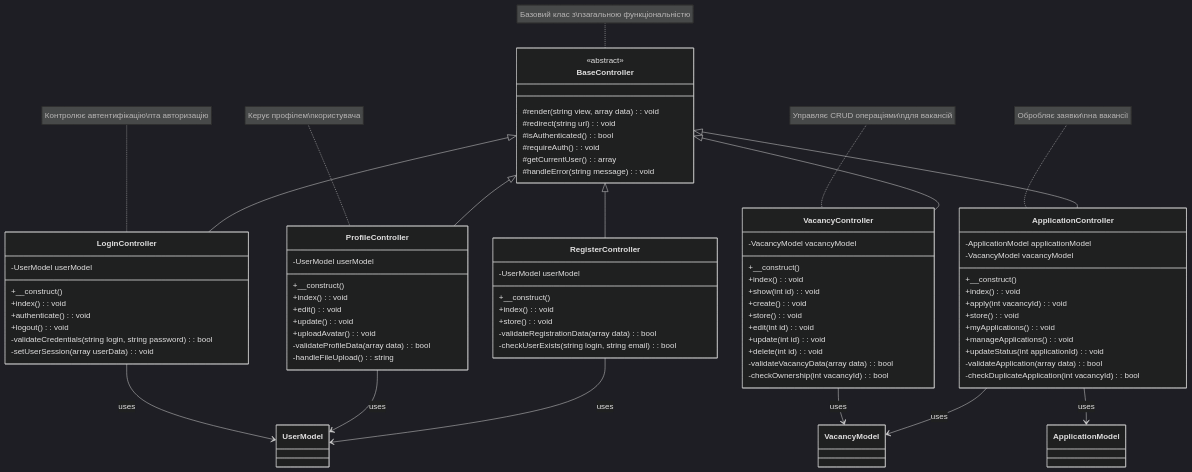
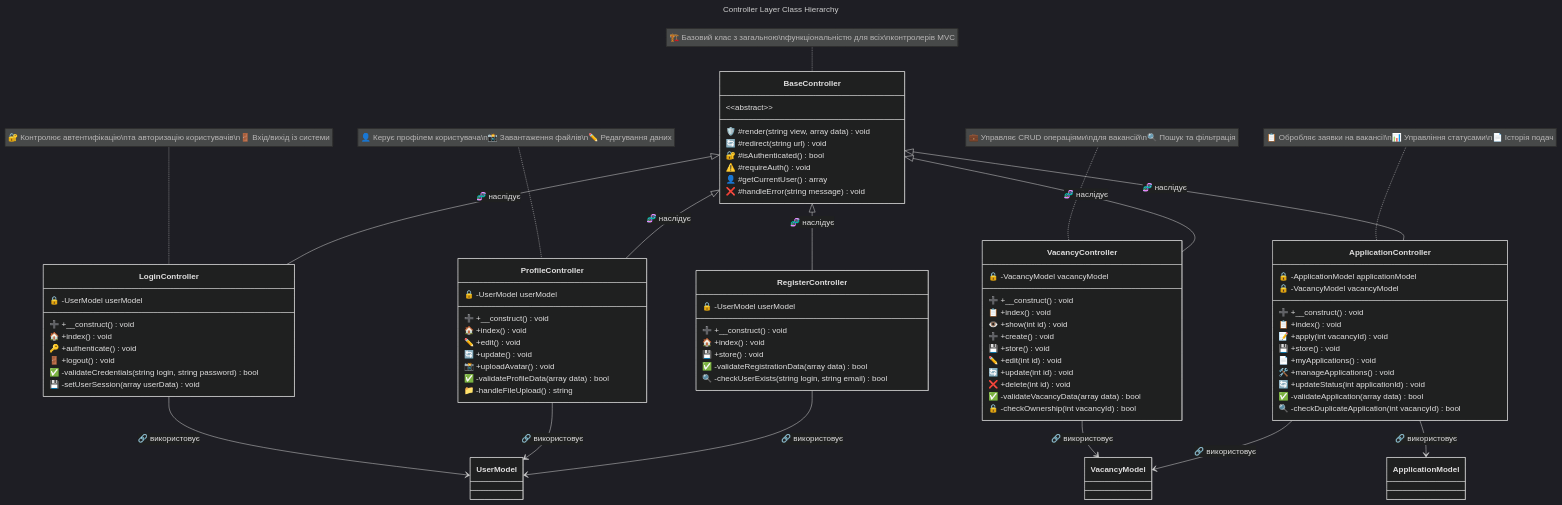
One commit to projectMHCore/searchjob-technical-docs changed the third of 5 diagrams in Lab3_ClientSide_Architecture.md. Above: the diagram before and after it, drawn with Mermaid (dark theme). The commit also changed other lines of this file and 9 other files, not shown here.

````diff
--- a/Lab3_ClientSide_Architecture.md
+++ b/Lab3_ClientSide_Architecture.md
@@ -203,89 +216,95 @@
 ```mermaid
+---
+title: Controller Layer Class Hierarchy
+---
 classDiagram
     class BaseController {
-        <<abstract>>
-        #render(string view, array data) : void
-        #redirect(string url) : void
-        #isAuthenticated() : bool
-        #requireAuth() : void
-        #getCurrentUser() : array
-        #handleError(string message) : void
+        &lt;&lt;abstract&gt;&gt;
+        🛡️ #render(string view, array data) void
+        🔄 #redirect(string url) void
+        🔐 #isAuthenticated() bool
+        ⚠️ #requireAuth() void
+        👤 #getCurrentUser() array
+        ❌ #handleError(string message) void
     }
     
     class LoginController {
-        -UserModel userModel
-        +__construct()
-        +index() : void
-        +authenticate() : void
-        +logout() : void
-        -validateCredentials(string login, string password) : bool
-        -setUserSession(array userData) : void
+        🔒 -UserModel userModel
+        ➕ +__construct() void
+        🏠 +index() void
+        🔑 +authenticate() void
+        🚪 +logout() void
+        ✅ -validateCredentials(string login, string password) bool
+        💾 -setUserSession(array userData) void
     }
     
     class VacancyController {
-        -VacancyModel vacancyModel
-        +__construct()
-        +index() : void
-        +show(int id) : void
-        +create() : void
-        +store() : void
-        +edit(int id) : void
-        +update(int id) : void
-        +delete(int id) : void
-        -validateVacancyData(array data) : bool
-        -checkOwnership(int vacancyId) : bool
+        🔒 -VacancyModel vacancyModel
+        ➕ +__construct() void
+        📋 +index() void
+        👁️ +show(int id) void
+        ➕ +create() void
+        💾 +store() void
+        ✏️ +edit(int id) void
+        🔄 +update(int id) void
+        ❌ +delete(int id) void
+        ✅ -validateVacancyData(array data) bool
+        🔒 -checkOwnership(int vacancyId) bool
     }
     
     class ProfileController {
-        -UserModel userModel
-        +__construct()
-        +index() : void
-        +edit() : void
-        +update() : void
-        +uploadAvatar() : void
-        -validateProfileData(array data) : bool
-        -handleFileUpload() : string
+        🔒 -UserModel userModel
+        ➕ +__construct() void
+        🏠 +index() void
+        ✏️ +edit() void
+        🔄 +update() void
+        📸 +uploadAvatar() void
+        ✅ -validateProfileData(array data) bool
+        📁 -handleFileUpload() string
     }
     
     class RegisterController {
-        -UserModel userModel
-        +__construct()
-        +index() : void
-        +store() : void
-        -validateRegistrationData(array data) : bool
-        -checkUserExists(string login, string email) : bool
+        🔒 -UserModel userModel
+        ➕ +__construct() void
+        🏠 +index() void
+        💾 +store() void
+        ✅ -validateRegistrationData(array data) bool
+        🔍 -checkUserExists(string login, string email) bool
     }
     
     class ApplicationController {
-        -ApplicationModel applicationModel
-        -VacancyModel vacancyModel
-        +__construct()
-        +index() : void
-        +apply(int vacancyId) : void
-        +store() : void
-        +myApplications() : void
-        +manageApplications() : void
-        +updateStatus(int applicationId) : void
-        -validateApplication(array data) : bool
-        -checkDuplicateApplication(int vacancyId) : bool
+        🔒 -ApplicationModel applicationModel
+        🔒 -VacancyModel vacancyModel
+        ➕ +__construct() void
+        📋 +index() void
+        📝 +apply(int vacancyId) void
+        💾 +store() void
+        📄 +myApplications() void
+        🛠️ +manageApplications() void
+        🔄 +updateStatus(int applicationId) void
+        ✅ -validateApplication(array data) bool
+        🔍 -checkDuplicateApplication(int vacancyId) bool
     }
     
-    BaseController <|-- LoginController
-    BaseController <|-- VacancyController
-    BaseController <|-- ProfileController
-    BaseController <|-- RegisterController
-    BaseController <|-- ApplicationController
+    %% Inheritance relationships
+    BaseController <|-- LoginController : 🧬 наслідує
+    BaseController <|-- VacancyController : 🧬 наслідує
+    BaseController <|-- ProfileController : 🧬 наслідує
+    BaseController <|-- RegisterController : 🧬 наслідує
+    BaseController <|-- ApplicationController : 🧬 наслідує
     
-    LoginController --> UserModel : uses
-    VacancyController --> VacancyModel : uses
-    ProfileController --> UserModel : uses
-    RegisterController --> UserModel : uses
-    ApplicationController --> ApplicationModel : uses
-    ApplicationController --> VacancyModel : uses
+    %% Usage relationships
+    LoginController --> UserModel : 🔗 використовує
+    VacancyController --> VacancyModel : 🔗 використовує
+    ProfileController --> UserModel : 🔗 використовує
+    RegisterController --> UserModel : 🔗 використовує
+    ApplicationController --> ApplicationModel : 🔗 використовує
+    ApplicationController --> VacancyModel : 🔗 використовує
     
-    note for BaseController "Базовий клас з\nзагальною функціональністю"
-    note for LoginController "Контролює автентифікацію\nта авторизацію"
-    note for VacancyController "Управляє CRUD операціями\nдля вакансій"
-    note for ProfileController "Керує профілем\nкористувача"
-    note for ApplicationController "Обробляє заявки\nна вакансії"
+    %% Notes with emojis
+    note for BaseController "🏗️ Базовий клас з загальною\nфункціональністю для всіх\nконтролерів MVC"
+    note for LoginController "🔐 Контролює автентифікацію\nта авторизацію користувачів\n🚪 Вхід/вихід із системи"
+    note for VacancyController "💼 Управляє CRUD операціями\nдля вакансій\n🔍 Пошук та фільтрація"
+    note for ProfileController "👤 Керує профілем користувача\n📸 Завантаження файлів\n✏️ Редагування даних"
+    note for ApplicationController "📋 Обробляє заявки на вакансії\n📊 Управління статусами\n📄 Історія подач"
 ```
````
